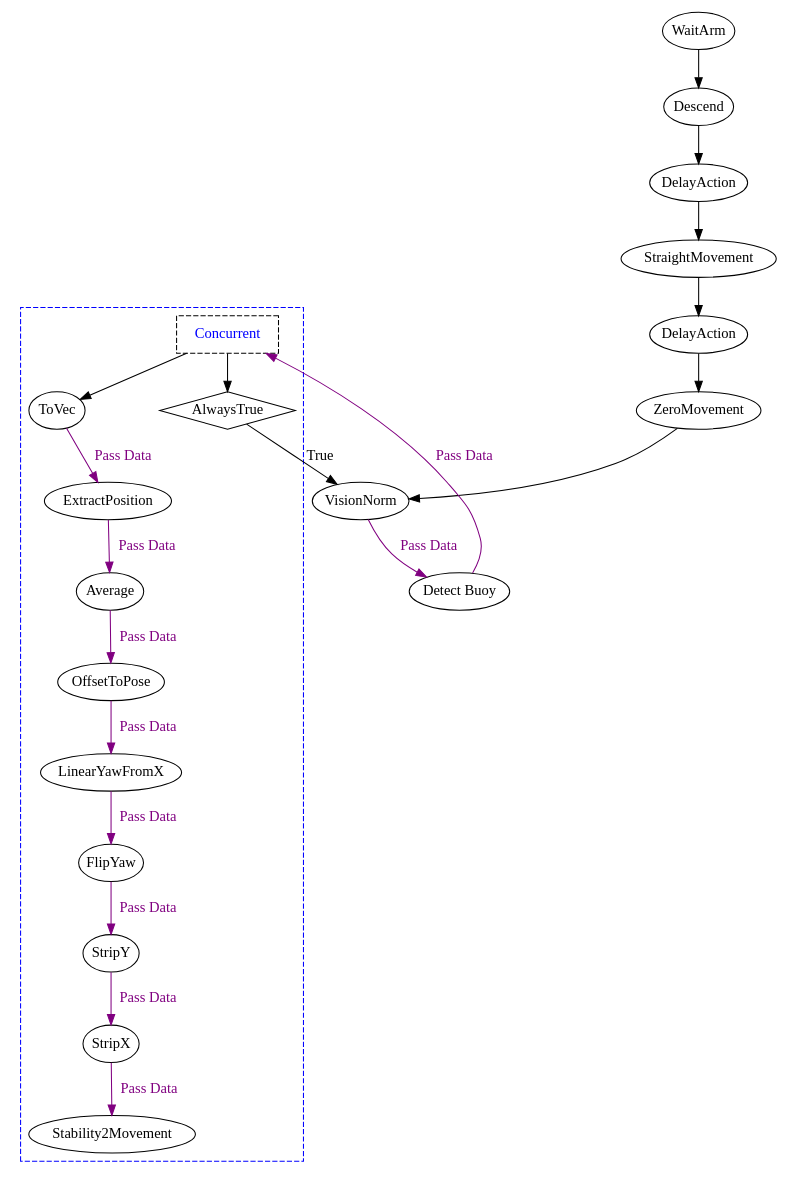
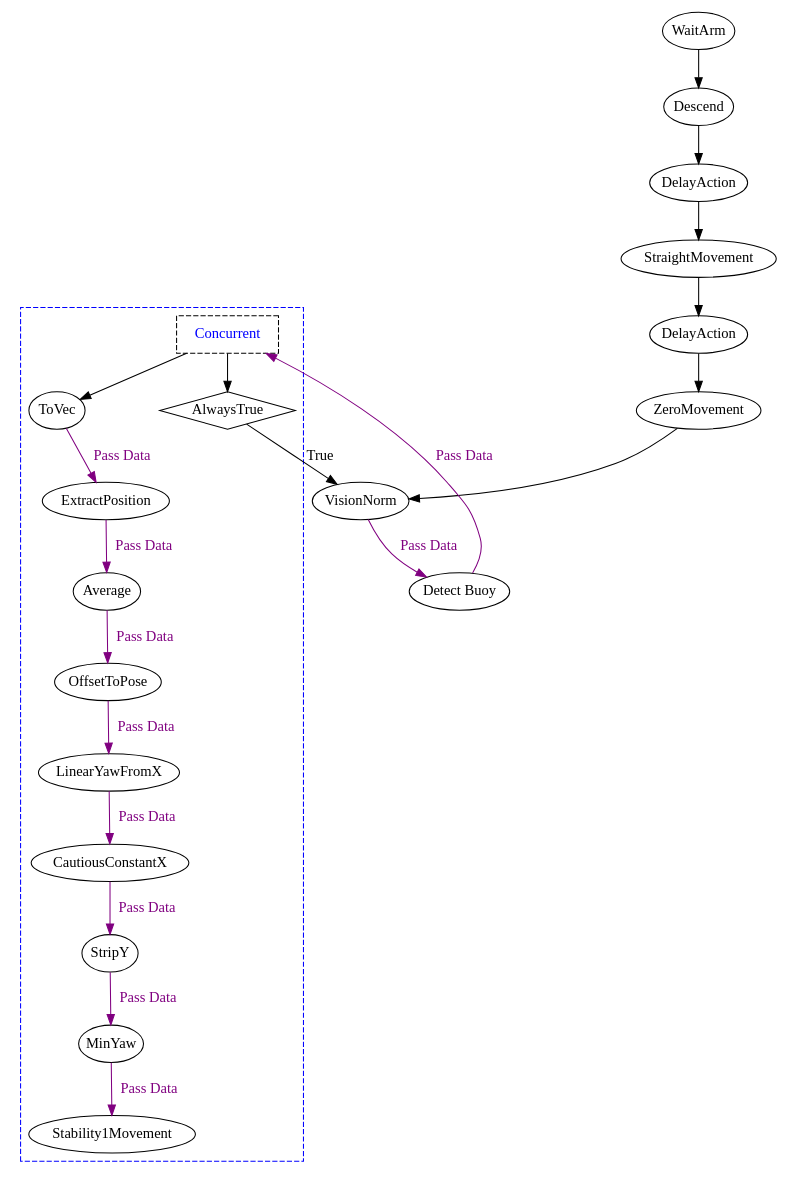
Before and after one commit to ncsurobotics/SW8S-Rust: the diagram in graphs/main/circle_buoy/buoy_circle_sequence_model.dot, drawn with Graphviz. The commit also changed 25 other files, not shown here.

```diff
--- a/graphs/main/circle_buoy/buoy_circle_sequence_model.dot
+++ b/graphs/main/circle_buoy/buoy_circle_sequence_model.dot
@@ -1,49 +1,49 @@
 digraph G {
 	splines = true;
 	nodesep = 1.0;
 	bgcolor = "none"
-	"18f75fac-91ce-4149-b0eb-dd9147ae84cd" [shape = diamond];
-	subgraph "cluster_aab24413-f073-4561-b0f6-ac2d6b41a8bc" {
+	"e8e3d23f-e483-4a7c-9cbc-ae5b9d4b92ff" [shape = diamond];
+	subgraph "cluster_ee359f4a-51d2-45bb-bc7c-849a1ce8b12a" {
 		style = dashed;
 		color = blue;
-		"c64f45e4-ff31-4069-b20e-5b0421818bce" -> "8297b5c3-6c3e-4233-b3ec-ca5d73d6f8d3" [color = purple, fontcolor = purple, label = "Pass Data"];
-		"f044118a-cebe-4205-b3d4-d19075059bf2" -> "c64f45e4-ff31-4069-b20e-5b0421818bce" [color = purple, fontcolor = purple, label = "Pass Data"];
-		"0dfed7a1-6bbb-4e5c-a1b8-c3242195ad06" -> "f044118a-cebe-4205-b3d4-d19075059bf2" [color = purple, fontcolor = purple, label = "Pass Data"];
-		"234cf29b-08bd-40a9-bb2a-4a91ffd4841b" -> "0dfed7a1-6bbb-4e5c-a1b8-c3242195ad06" [color = purple, fontcolor = purple, label = "Pass Data"];
-		"89ab9055-9ec9-4b13-a212-7a7d3c8354a9" -> "234cf29b-08bd-40a9-bb2a-4a91ffd4841b" [color = purple, fontcolor = purple, label = "Pass Data"];
-		"b818fcf2-6236-4758-8212-733a01bf6fcb" -> "89ab9055-9ec9-4b13-a212-7a7d3c8354a9" [color = purple, fontcolor = purple, label = "Pass Data"];
-		"8c7539b4-ab88-4e29-aca2-cf7500ce9c55" -> "b818fcf2-6236-4758-8212-733a01bf6fcb" [color = purple, fontcolor = purple, label = "Pass Data"];
-		"12376012-a8cb-4f32-a802-82193cb978d3" -> "8c7539b4-ab88-4e29-aca2-cf7500ce9c55" [color = purple, fontcolor = purple, label = "Pass Data"];
-		"84b520c0-329d-4387-a8f1-d8c596a05855" -> "12376012-a8cb-4f32-a802-82193cb978d3";
-		"84b520c0-329d-4387-a8f1-d8c596a05855" -> "18f75fac-91ce-4149-b0eb-dd9147ae84cd";
-		"84b520c0-329d-4387-a8f1-d8c596a05855" [label = "Concurrent", shape = box, fontcolor = blue, style = dashed];
-		"12376012-a8cb-4f32-a802-82193cb978d3" [label = "ToVec", margin = 0];
-		"8c7539b4-ab88-4e29-aca2-cf7500ce9c55" [label = "ExtractPosition", margin = 0];
-		"b818fcf2-6236-4758-8212-733a01bf6fcb" [label = "Average", margin = 0];
-		"89ab9055-9ec9-4b13-a212-7a7d3c8354a9" [label = "OffsetToPose", margin = 0];
-		"234cf29b-08bd-40a9-bb2a-4a91ffd4841b" [label = "LinearYawFromX", margin = 0];
-		"0dfed7a1-6bbb-4e5c-a1b8-c3242195ad06" [label = "FlipYaw", margin = 0];
-		"f044118a-cebe-4205-b3d4-d19075059bf2" [label = "StripY", margin = 0];
-		"c64f45e4-ff31-4069-b20e-5b0421818bce" [label = "StripX", margin = 0];
-		"8297b5c3-6c3e-4233-b3ec-ca5d73d6f8d3" [label = "Stability2Movement", margin = 0];
-		"18f75fac-91ce-4149-b0eb-dd9147ae84cd" [label = "AlwaysTrue", margin = 0];
+		"09587787-bad1-4143-9e3c-8cfa6de75bd6" -> "cc058e33-a6c2-41fc-a0de-102fb03ebd26" [color = purple, fontcolor = purple, label = "Pass Data"];
+		"427bc97f-b462-455c-8a49-40af5d0c4fc3" -> "09587787-bad1-4143-9e3c-8cfa6de75bd6" [color = purple, fontcolor = purple, label = "Pass Data"];
+		"36c024c4-593e-45c5-bd6a-b1ee18c04b0a" -> "427bc97f-b462-455c-8a49-40af5d0c4fc3" [color = purple, fontcolor = purple, label = "Pass Data"];
+		"a2cb11ee-1b69-4927-b2bf-136cf334600d" -> "36c024c4-593e-45c5-bd6a-b1ee18c04b0a" [color = purple, fontcolor = purple, label = "Pass Data"];
+		"277f8176-28c7-4c84-b4bd-78191e13f039" -> "a2cb11ee-1b69-4927-b2bf-136cf334600d" [color = purple, fontcolor = purple, label = "Pass Data"];
+		"779c24eb-8067-497f-8f11-f4241225a33a" -> "277f8176-28c7-4c84-b4bd-78191e13f039" [color = purple, fontcolor = purple, label = "Pass Data"];
+		"81f857c3-c44f-42e8-8c1d-94aa4b8003df" -> "779c24eb-8067-497f-8f11-f4241225a33a" [color = purple, fontcolor = purple, label = "Pass Data"];
+		"95f18c9a-ce57-4aaa-8802-6b9d1c6b3daf" -> "81f857c3-c44f-42e8-8c1d-94aa4b8003df" [color = purple, fontcolor = purple, label = "Pass Data"];
+		"6ddb9830-7f45-4240-9761-06db16509b2e" -> "95f18c9a-ce57-4aaa-8802-6b9d1c6b3daf";
+		"6ddb9830-7f45-4240-9761-06db16509b2e" -> "e8e3d23f-e483-4a7c-9cbc-ae5b9d4b92ff";
+		"6ddb9830-7f45-4240-9761-06db16509b2e" [label = "Concurrent", shape = box, fontcolor = blue, style = dashed];
+		"95f18c9a-ce57-4aaa-8802-6b9d1c6b3daf" [label = "ToVec", margin = 0];
+		"81f857c3-c44f-42e8-8c1d-94aa4b8003df" [label = "ExtractPosition", margin = 0];
+		"779c24eb-8067-497f-8f11-f4241225a33a" [label = "Average", margin = 0];
+		"277f8176-28c7-4c84-b4bd-78191e13f039" [label = "OffsetToPose", margin = 0];
+		"a2cb11ee-1b69-4927-b2bf-136cf334600d" [label = "LinearYawFromX", margin = 0];
+		"36c024c4-593e-45c5-bd6a-b1ee18c04b0a" [label = "CautiousConstantX", margin = 0];
+		"427bc97f-b462-455c-8a49-40af5d0c4fc3" [label = "StripY", margin = 0];
+		"09587787-bad1-4143-9e3c-8cfa6de75bd6" [label = "MinYaw", margin = 0];
+		"cc058e33-a6c2-41fc-a0de-102fb03ebd26" [label = "Stability1Movement", margin = 0];
+		"e8e3d23f-e483-4a7c-9cbc-ae5b9d4b92ff" [label = "AlwaysTrue", margin = 0];
 	}
 	
-	"9f959f77-2f78-4bc5-9b85-6ebce174985a" -> "1a847a5c-55b0-4033-8765-4015ac5008a1" ;
-	"58d0646d-2fcc-4440-8a53-baa683be38a0" -> "6b7ac541-6831-43a8-b0c5-b349787bdfc5" ;
-	"6b7ac541-6831-43a8-b0c5-b349787bdfc5" -> "5e014574-232a-4ffa-8270-4f3cfc53ff6a" ;
-	"1a847a5c-55b0-4033-8765-4015ac5008a1" -> "58d0646d-2fcc-4440-8a53-baa683be38a0" ;
-	"314ea5c8-04f6-4f2b-b16e-0dd342eb03e2" -> "9f959f77-2f78-4bc5-9b85-6ebce174985a" ;
-	"8f9d6700-16dd-40b0-885a-72ed7971bef6" -> "84b520c0-329d-4387-a8f1-d8c596a05855" [color = purple, fontcolor = purple, label = "Pass Data"];
-	"ae2d6e99-e728-4767-b871-fbace48264cd" -> "8f9d6700-16dd-40b0-885a-72ed7971bef6" [color = purple, fontcolor = purple, label = "Pass Data"];
-	"18f75fac-91ce-4149-b0eb-dd9147ae84cd" -> "ae2d6e99-e728-4767-b871-fbace48264cd" [label = "True"];
-	"5e014574-232a-4ffa-8270-4f3cfc53ff6a" -> "ae2d6e99-e728-4767-b871-fbace48264cd" ;
-	"314ea5c8-04f6-4f2b-b16e-0dd342eb03e2" [label = "WaitArm", margin = 0];
-	"9f959f77-2f78-4bc5-9b85-6ebce174985a" [label = "Descend", margin = 0];
-	"1a847a5c-55b0-4033-8765-4015ac5008a1" [label = "DelayAction", margin = 0];
-	"58d0646d-2fcc-4440-8a53-baa683be38a0" [label = "StraightMovement", margin = 0];
-	"6b7ac541-6831-43a8-b0c5-b349787bdfc5" [label = "DelayAction", margin = 0];
-	"5e014574-232a-4ffa-8270-4f3cfc53ff6a" [label = "ZeroMovement", margin = 0];
-	"ae2d6e99-e728-4767-b871-fbace48264cd" [label = "VisionNorm", margin = 0];
-	"8f9d6700-16dd-40b0-885a-72ed7971bef6" [label = "Detect Buoy", margin = 0];
+	"286e60a0-d084-4bef-8afd-e01bf2ba35e6" -> "7a9744d2-81f5-4f43-b000-fe8ebae1e155" ;
+	"14521503-0b56-450c-a177-81dc3f038a37" -> "456d474b-29e0-42b5-bae0-7eb7ff1e4e92" ;
+	"456d474b-29e0-42b5-bae0-7eb7ff1e4e92" -> "372ee4a7-5c68-416c-a5ca-0f8eebabffcf" ;
+	"7a9744d2-81f5-4f43-b000-fe8ebae1e155" -> "14521503-0b56-450c-a177-81dc3f038a37" ;
+	"d31c87ef-aa34-47a5-b49f-b6ad104e53ca" -> "286e60a0-d084-4bef-8afd-e01bf2ba35e6" ;
+	"e4d3427f-79b9-4fd1-982d-79f72c618a87" -> "6ddb9830-7f45-4240-9761-06db16509b2e" [color = purple, fontcolor = purple, label = "Pass Data"];
+	"69bde52a-ebfd-4c8a-843e-57739111a70e" -> "e4d3427f-79b9-4fd1-982d-79f72c618a87" [color = purple, fontcolor = purple, label = "Pass Data"];
+	"e8e3d23f-e483-4a7c-9cbc-ae5b9d4b92ff" -> "69bde52a-ebfd-4c8a-843e-57739111a70e" [label = "True"];
+	"372ee4a7-5c68-416c-a5ca-0f8eebabffcf" -> "69bde52a-ebfd-4c8a-843e-57739111a70e" ;
+	"d31c87ef-aa34-47a5-b49f-b6ad104e53ca" [label = "WaitArm", margin = 0];
+	"286e60a0-d084-4bef-8afd-e01bf2ba35e6" [label = "Descend", margin = 0];
+	"7a9744d2-81f5-4f43-b000-fe8ebae1e155" [label = "DelayAction", margin = 0];
+	"14521503-0b56-450c-a177-81dc3f038a37" [label = "StraightMovement", margin = 0];
+	"456d474b-29e0-42b5-bae0-7eb7ff1e4e92" [label = "DelayAction", margin = 0];
+	"372ee4a7-5c68-416c-a5ca-0f8eebabffcf" [label = "ZeroMovement", margin = 0];
+	"69bde52a-ebfd-4c8a-843e-57739111a70e" [label = "VisionNorm", margin = 0];
+	"e4d3427f-79b9-4fd1-982d-79f72c618a87" [label = "Detect Buoy", margin = 0];
 }
```
